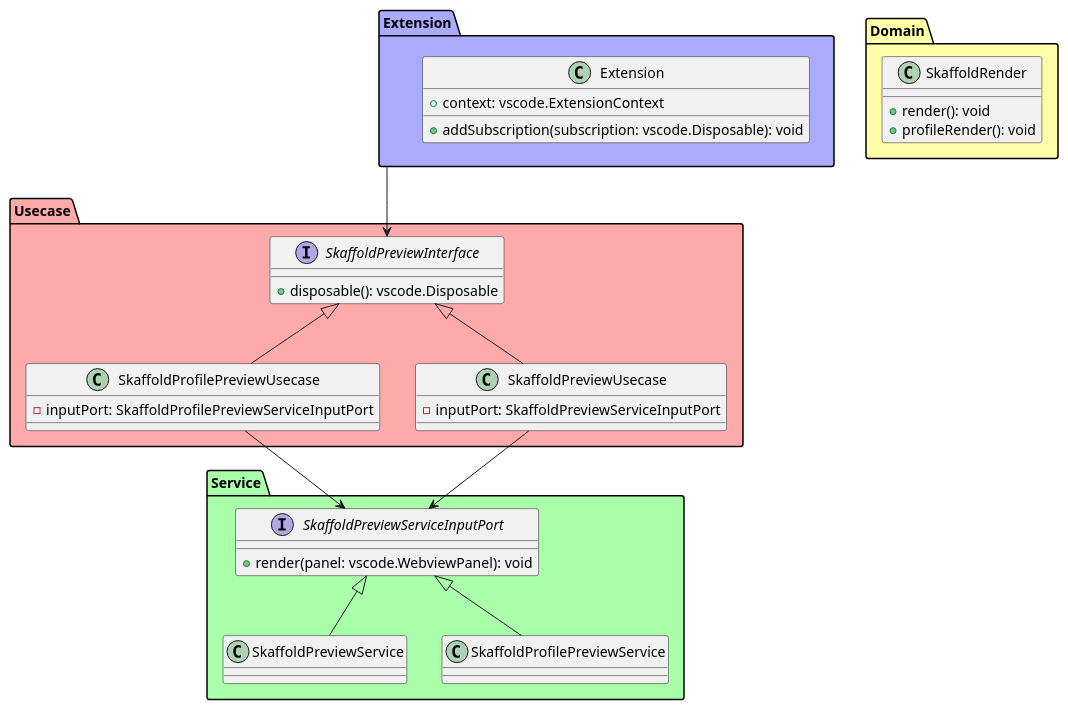
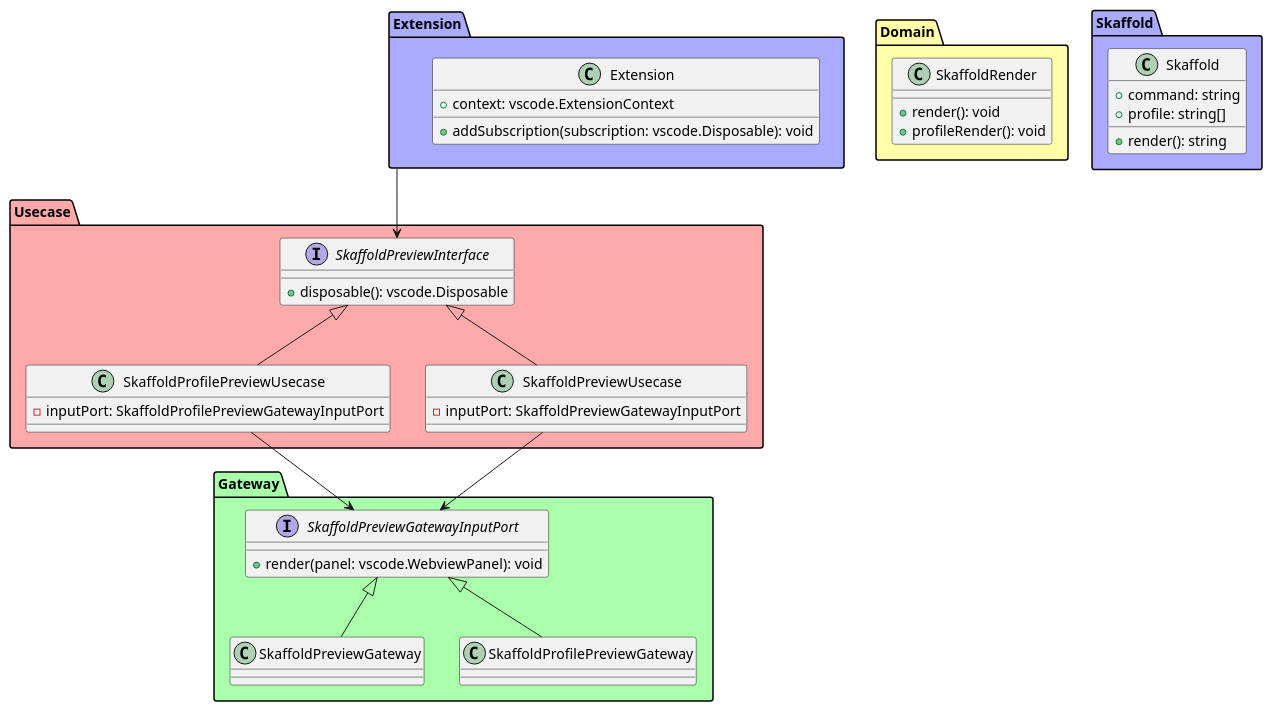
Before and after one commit to maaaashi/skaffold-preview: the diagram in docs/class.pu, drawn with PlantUML.

Commit message:
:octocat: wip

```diff
--- a/docs/class.pu
+++ b/docs/class.pu
@@ -1,56 +1,65 @@
 @startuml
 
 package Extension #AAAAFF {
   class Extension {
     + context: vscode.ExtensionContext
     + addSubscription(subscription: vscode.Disposable): void
   }
 }
 
 package Usecase #FFAAAA {
   interface SkaffoldPreviewInterface {
     + disposable(): vscode.Disposable
   }
 
   class SkaffoldPreviewUsecase {
-    - inputPort: SkaffoldPreviewServiceInputPort
+    - inputPort: SkaffoldPreviewGatewayInputPort
   }
 
   class SkaffoldProfilePreviewUsecase {
-    - inputPort: SkaffoldProfilePreviewServiceInputPort
+    - inputPort: SkaffoldProfilePreviewGatewayInputPort
   }
 
   SkaffoldPreviewInterface <|-down- SkaffoldPreviewUsecase
   SkaffoldPreviewInterface <|-down- SkaffoldProfilePreviewUsecase
 }
 
 SkaffoldPreviewInterface <-up- Extension
 
-package Service #AAFFAA {
-  interface SkaffoldPreviewServiceInputPort {
+package Gateway #AAFFAA {
+  interface SkaffoldPreviewGatewayInputPort {
     + render(panel: vscode.WebviewPanel): void
   }
 
-  class SkaffoldPreviewService {
+  class SkaffoldPreviewGateway {
   }
 
-  SkaffoldPreviewServiceInputPort <-up- SkaffoldPreviewUsecase
-  SkaffoldPreviewServiceInputPort <|-down- SkaffoldPreviewService
+  SkaffoldPreviewGatewayInputPort <-up- SkaffoldPreviewUsecase
+  SkaffoldPreviewGatewayInputPort <|-down- SkaffoldPreviewGateway
 
-  class SkaffoldProfilePreviewService {
+  class SkaffoldProfilePreviewGateway {
 
   }
 
-  SkaffoldPreviewServiceInputPort <-up- SkaffoldProfilePreviewUsecase
-  SkaffoldPreviewServiceInputPort <|-down- SkaffoldProfilePreviewService
+  SkaffoldPreviewGatewayInputPort <-up- SkaffoldProfilePreviewUsecase
+  SkaffoldPreviewGatewayInputPort <|-down- SkaffoldProfilePreviewGateway
 }
 
 package Domain #FFFFAA {
   class SkaffoldRender {
     + render(): void
     + profileRender(): void
   }
-
 }
 
+package Skaffold #AAAAFF {
+  class Skaffold {
+    + command: string
+    + profile: string[]
+
+    + render(): string
+  }
+}
+
+
 @enduml
```
